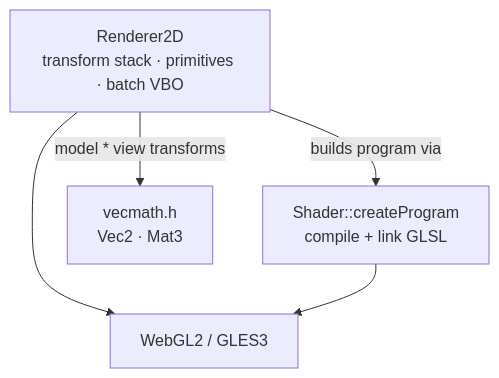
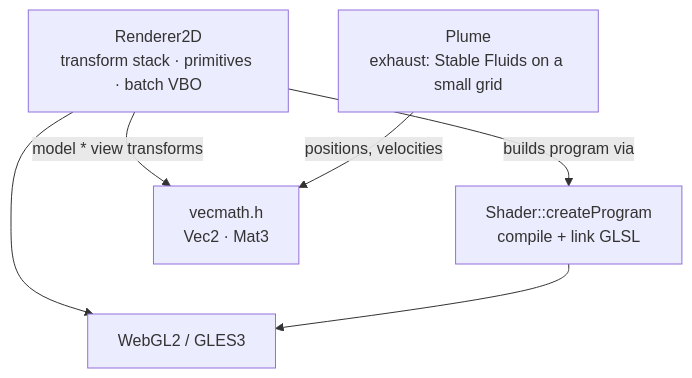
One commit to keithagroves/visitor changed the diagram in docs/architecture/graphics.md. Above: the diagram before and after it, drawn with Mermaid. The commit also changed other lines of this file and 20 other files, not shown here.

````diff
--- a/docs/architecture/graphics.md
+++ b/docs/architecture/graphics.md
@@ -16,17 +16,20 @@
 ```mermaid
 flowchart TD
     Renderer["Renderer2D<br/>transform stack · primitives · batch VBO"]
     Shader["Shader::createProgram<br/>compile + link GLSL"]
+    Plume["Plume<br/>exhaust: Stable Fluids on a small grid"]
     Math["vecmath.h<br/>Vec2 · Mat3"]
     GL["WebGL2 / GLES3"]
 
     Renderer -->|model * view transforms| Math
     Renderer -->|builds program via| Shader
     Renderer --> GL
     Shader --> GL
+    Plume -->|positions, velocities| Math
 
     click Renderer call navigate("../../src/graphics/renderer2d.cpp")
+    click Plume call navigate("../../src/graphics/plume.cpp")
     click Shader call navigate("../../src/graphics/shader.cpp")
     click Math call navigate("foundation.md")
     click GL call navigate("../../src/core/main.cpp")
 ```
````
